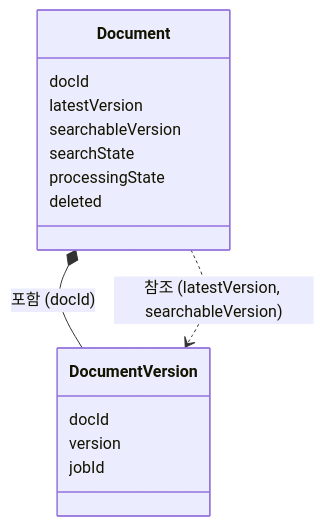
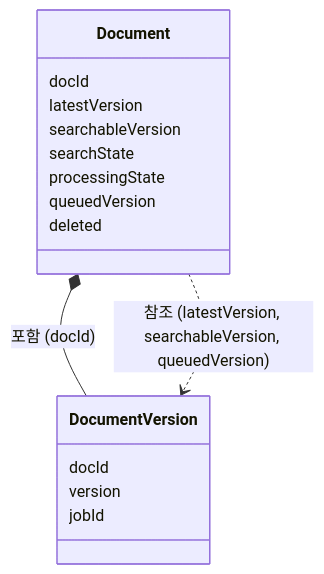
One commit to victor7-aquila/minerva changed the second of 3 diagrams in apps/backend/src/documents/MODULE.md. Above: the diagram before and after it, drawn with Mermaid. The commit also changed other lines of this file and 17 other files, not shown here.

````diff
--- a/apps/backend/src/documents/MODULE.md
+++ b/apps/backend/src/documents/MODULE.md
@@ -120,18 +123,19 @@
 ```mermaid
 classDiagram
     class Document {
         docId
         latestVersion
         searchableVersion
         searchState
         processingState
+        queuedVersion
         deleted
     }
     class DocumentVersion {
         docId
         version
         jobId
     }
     Document *-- DocumentVersion : 포함 (docId)
-    Document ..> DocumentVersion : 참조 (latestVersion, searchableVersion)
+    Document ..> DocumentVersion : 참조 (latestVersion, searchableVersion, queuedVersion)
 ```
````
